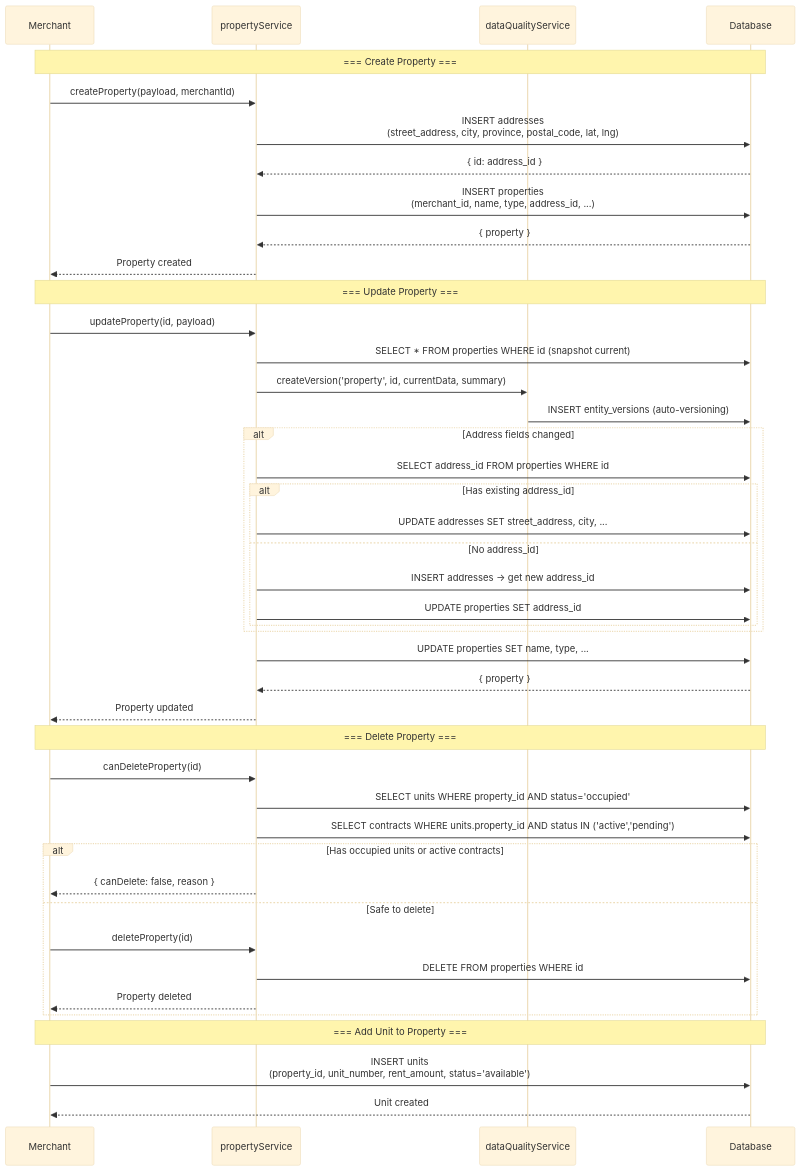
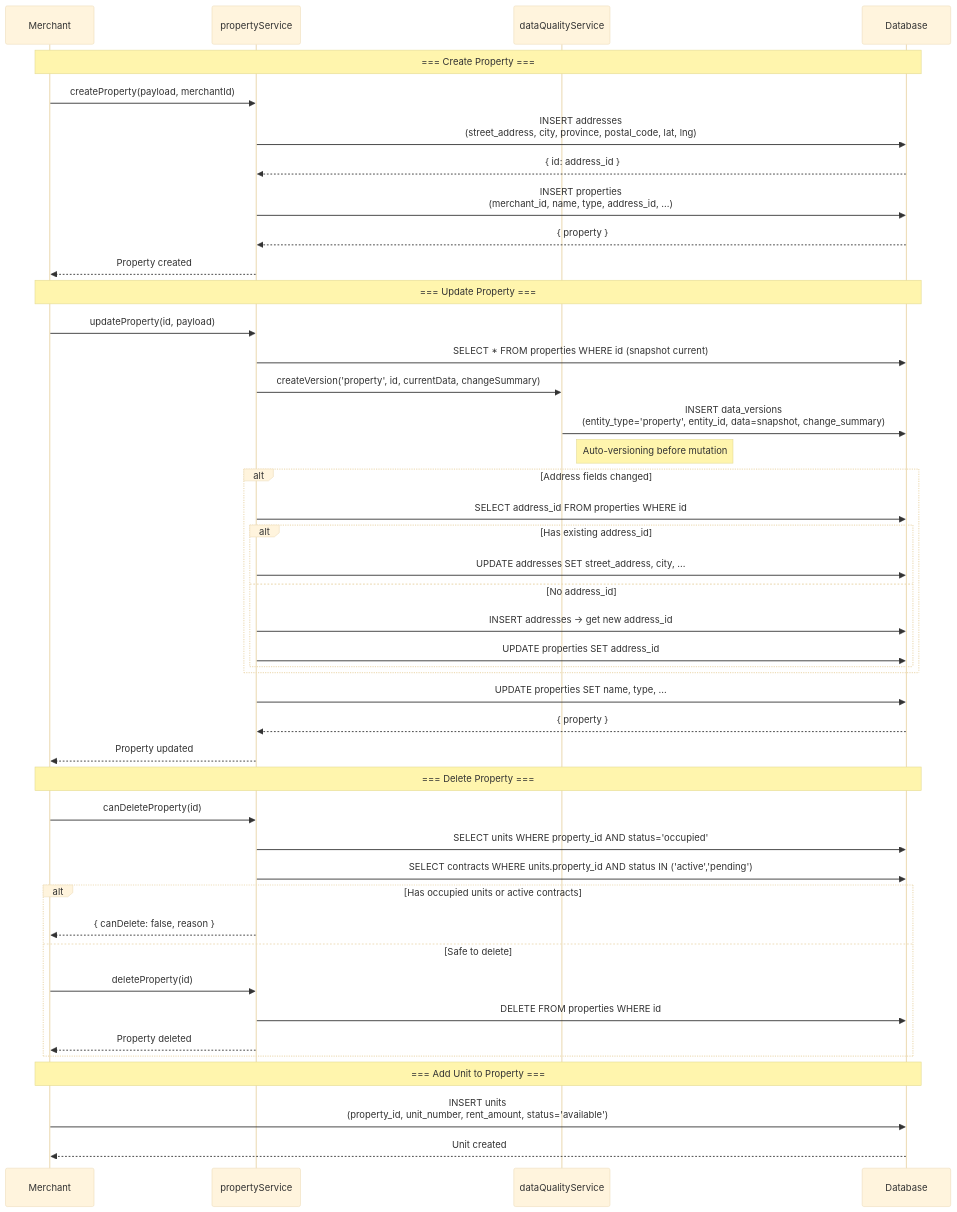
Before and after one commit to itsramaa/Sistem-Hunian: the fourth of 17 diagrams in old-docs/merchant_sequence_diagram.md, drawn with Mermaid (base theme). The commit also changed other lines of this file, not shown here.

````diff
--- a/old-docs/merchant_sequence_diagram.md
+++ b/old-docs/merchant_sequence_diagram.md
@@ -202,55 +201,56 @@
 ```mermaid
 sequenceDiagram
     participant M as Merchant
     participant PS as propertyService
     participant DQ as dataQualityService
     participant DB as Database
 
     Note over M,DB: === Create Property ===
 
     M->>PS: createProperty(payload, merchantId)
     PS->>DB: INSERT addresses<br/>(street_address, city, province, postal_code, lat, lng)
     DB-->>PS: { id: address_id }
     PS->>DB: INSERT properties<br/>(merchant_id, name, type, address_id, ...)
     DB-->>PS: { property }
     PS-->>M: Property created
 
     Note over M,DB: === Update Property ===
 
     M->>PS: updateProperty(id, payload)
     PS->>DB: SELECT * FROM properties WHERE id (snapshot current)
-    PS->>DQ: createVersion('property', id, currentData, summary)
-    DQ->>DB: INSERT entity_versions (auto-versioning)
+    PS->>DQ: createVersion('property', id, currentData, changeSummary)
+    DQ->>DB: INSERT data_versions<br/>(entity_type='property', entity_id, data=snapshot, change_summary)
+    Note right of DQ: Auto-versioning before mutation
 
     alt Address fields changed
         PS->>DB: SELECT address_id FROM properties WHERE id
         alt Has existing address_id
             PS->>DB: UPDATE addresses SET street_address, city, ...
         else No address_id
             PS->>DB: INSERT addresses → get new address_id
             PS->>DB: UPDATE properties SET address_id
         end
     end
 
     PS->>DB: UPDATE properties SET name, type, ...
     DB-->>PS: { property }
     PS-->>M: Property updated
 
     Note over M,DB: === Delete Property ===
 
     M->>PS: canDeleteProperty(id)
     PS->>DB: SELECT units WHERE property_id AND status='occupied'
     PS->>DB: SELECT contracts WHERE units.property_id AND status IN ('active','pending')
     alt Has occupied units or active contracts
         PS-->>M: { canDelete: false, reason }
     else Safe to delete
         M->>PS: deleteProperty(id)
         PS->>DB: DELETE FROM properties WHERE id
         PS-->>M: Property deleted
     end
 
     Note over M,DB: === Add Unit to Property ===
 
     M->>DB: INSERT units<br/>(property_id, unit_number, rent_amount, status='available')
     DB-->>M: Unit created
 ```
````
